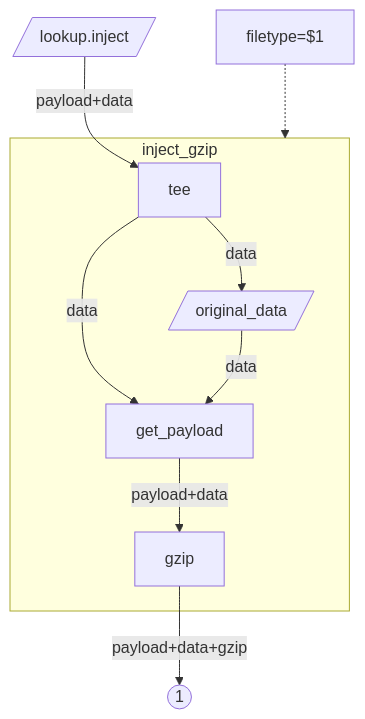
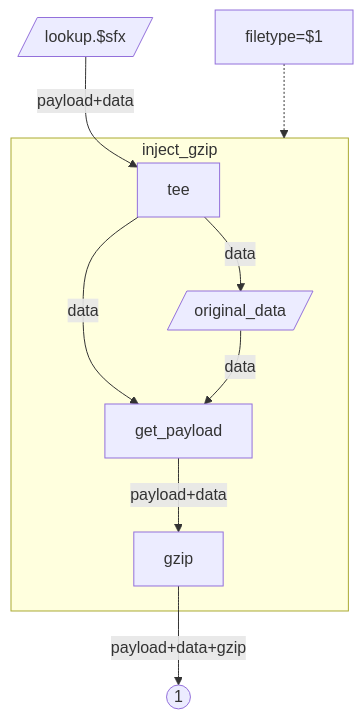
The sixth of 6 diagrams in docs/fr/filetypes.md (tibolpol/sealgood), drawn with Mermaid before and after one commit. The commit also changed other lines of this file and 18 other files, not shown here.

````diff
--- a/docs/fr/filetypes.md
+++ b/docs/fr/filetypes.md
@@ -317,13 +314,13 @@
 ```mermaid
 flowchart TB
-lookup.inject[/lookup.inject/] -->|payload+data| tee
+lookup.$sfx[/lookup.$sfx/] -->|payload+data| tee
 filetype[filetype=$1] -.-> inject_gzip
 subgraph inject_gzip
   tee -->|data| od[/original_data/]
   tee -->|data| get_payload
   od -->|data| get_payload
   get_payload -->|payload+data| gzip
 end
 gzip -->|payload+data+gzip| l1((1))
 click get_payload "sealgood.md#get_payload"
 ```
````
